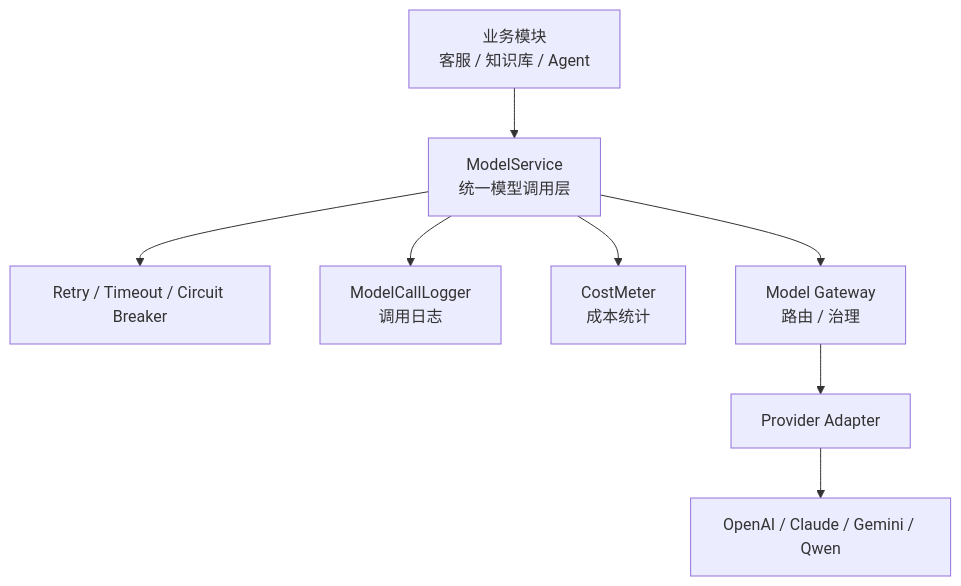
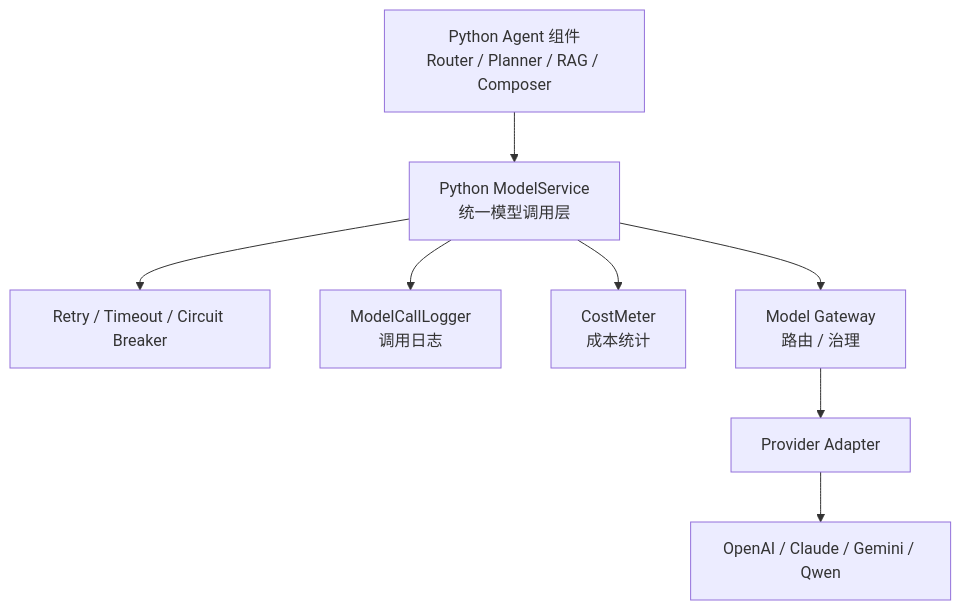
The fourth of 7 diagrams in FoodMate-系统设计与技术方案.md (luoluo10486/FoodMate-Agent), drawn with Mermaid before and after one commit. The commit also changed other lines of this file and 9 other files, not shown here.

````diff
--- a/FoodMate-系统设计与技术方案.md
+++ b/FoodMate-系统设计与技术方案.md
@@ -801,10 +794,10 @@
 ```mermaid
 flowchart TD
-  A["业务模块\n客服 / 知识库 / Agent"] --> B["ModelService\n统一模型调用层"]
+  A["Python Agent 组件\nRouter / Planner / RAG / Composer"] --> B["Python ModelService\n统一模型调用层"]
   B --> C["Retry / Timeout / Circuit Breaker"]
   B --> D["ModelCallLogger\n调用日志"]
   B --> E["CostMeter\n成本统计"]
   B --> F["Model Gateway\n路由 / 治理"]
   F --> G["Provider Adapter"]
   G --> H["OpenAI / Claude / Gemini / Qwen"]
 ```
````
